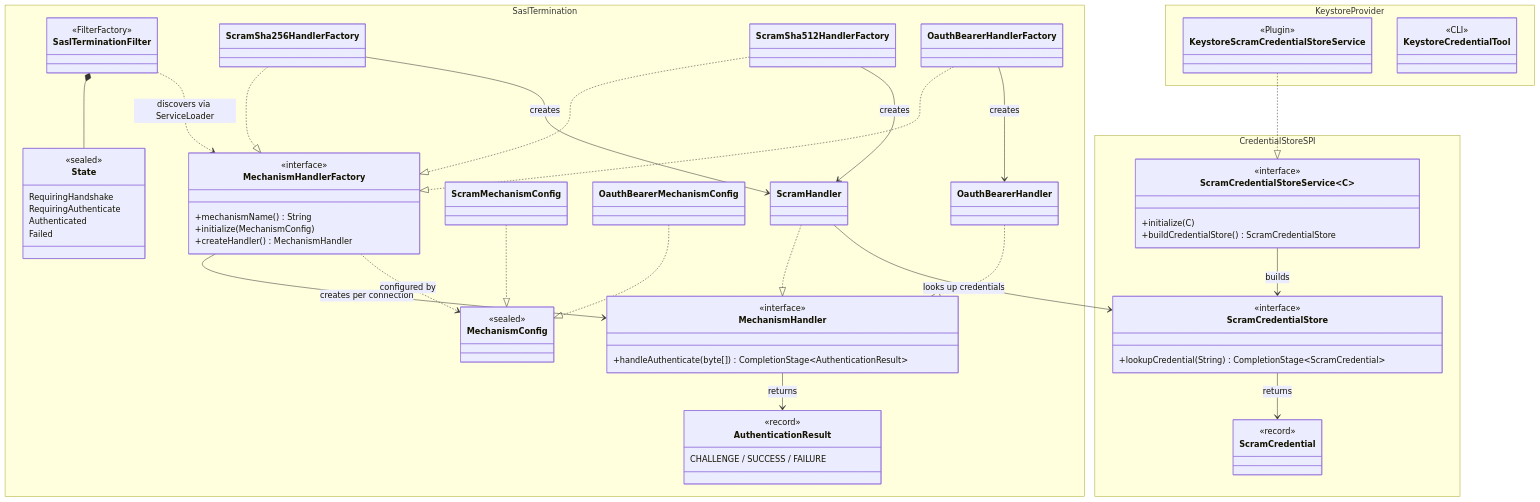
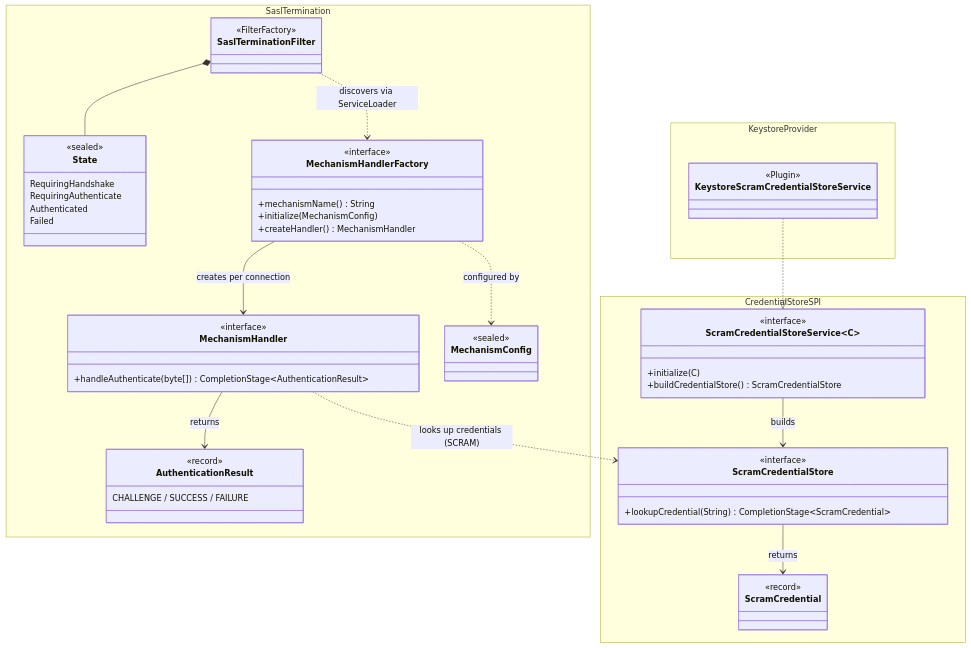
The second of 3 diagrams in proposals/124-sasl-termination.md (kroxylicious/design), drawn with Mermaid before and after one commit. The commit also changed other lines of this file, not shown here.

Commit message:
docs(proposal): replace monolithic diagram with focused views
Split the single large class diagram into three complementary views:
- Module dependency graph showing the three modules
- Pruned class diagram showing only SPI contract types
- State machine diagram for the per-connection authentication states

Removes implementation classes (handler factories, concrete handlers,
config subtypes) from the diagram since they are already described in
their respective component sections.

````diff
--- a/proposals/124-sasl-termination.md
+++ b/proposals/124-sasl-termination.md
@@ -95,13 +107,6 @@
         class MechanismConfig {
             <<sealed>>
         }
-        class ScramMechanismConfig
-        class OauthBearerMechanismConfig
-        class ScramSha256HandlerFactory
-        class ScramSha512HandlerFactory
-        class ScramHandler
-        class OauthBearerHandlerFactory
-        class OauthBearerHandler
     }
 
     namespace CredentialStoreSPI {
@@ -123,9 +128,6 @@
         class KeystoreScramCredentialStoreService {
             <<Plugin>>
         }
-        class KeystoreCredentialTool {
-            <<CLI>>
-        }
     }
 
     SaslTerminationFilter *-- State
@@ -133,24 +135,9 @@
     MechanismHandlerFactory --> MechanismHandler : creates per connection
     MechanismHandler --> AuthenticationResult : returns
     MechanismHandlerFactory ..> MechanismConfig : configured by
-
-    ScramMechanismConfig ..|> MechanismConfig
-    OauthBearerMechanismConfig ..|> MechanismConfig
-
-    ScramSha256HandlerFactory ..|> MechanismHandlerFactory
-    ScramSha512HandlerFactory ..|> MechanismHandlerFactory
-    OauthBearerHandlerFactory ..|> MechanismHandlerFactory
-
-    ScramSha256HandlerFactory --> ScramHandler : creates
-    ScramSha512HandlerFactory --> ScramHandler : creates
-    OauthBearerHandlerFactory --> OauthBearerHandler : creates
-
-    ScramHandler ..|> MechanismHandler
-    OauthBearerHandler ..|> MechanismHandler
-
-    ScramHandler --> ScramCredentialStore : looks up credentials
-    ScramCredentialStore --> ScramCredential : returns
+    MechanismHandler ..> ScramCredentialStore : looks up credentials (SCRAM)
 
     ScramCredentialStoreService --> ScramCredentialStore : builds
+    ScramCredentialStore --> ScramCredential : returns
     KeystoreScramCredentialStoreService ..|> ScramCredentialStoreService
 ```
````
